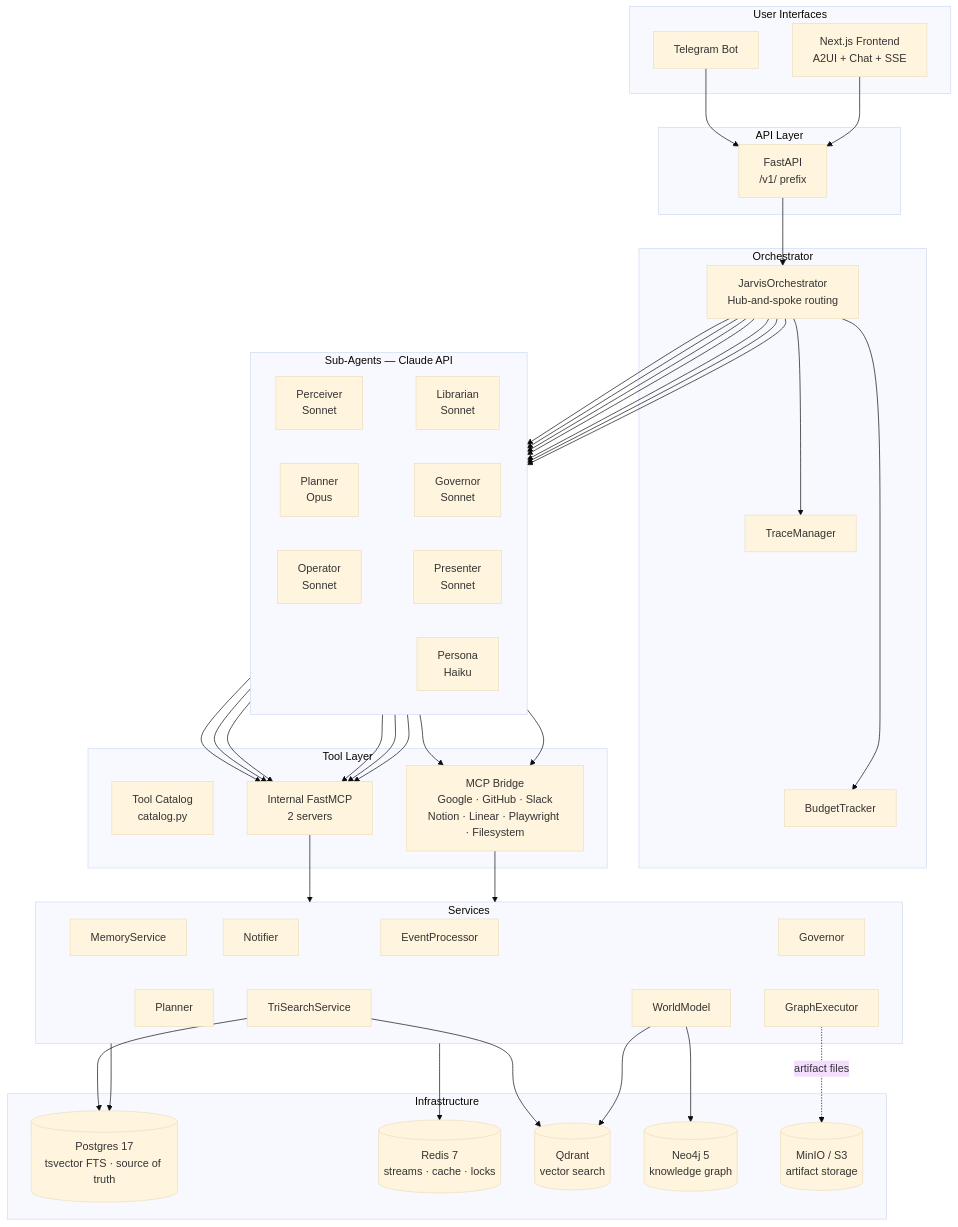
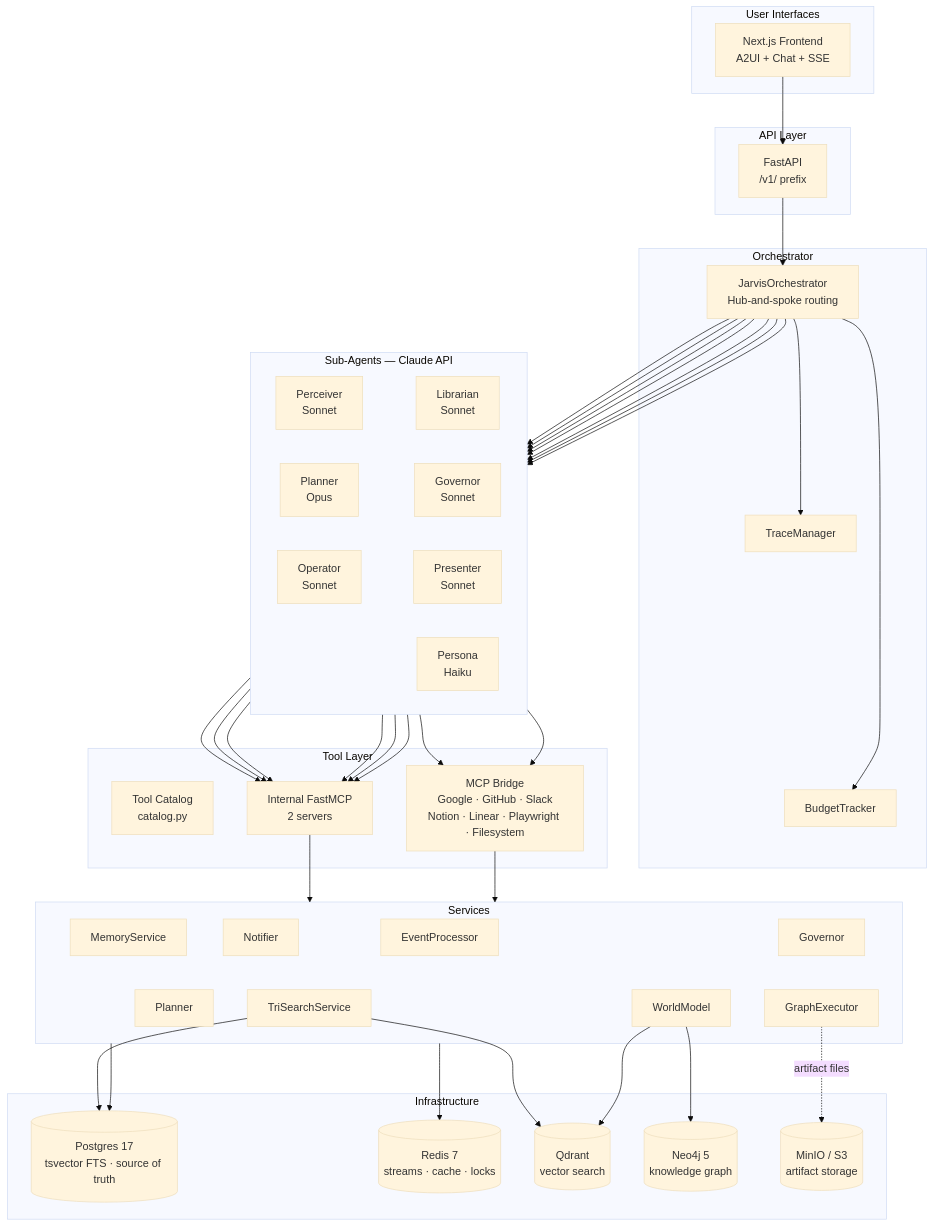
The diagram in README.md (shivadharmi/muldro), drawn with Mermaid (base theme) before and after one commit. The commit also changed other lines of this file and 13 other files, not shown here.

````diff
--- a/README.md
+++ b/README.md
@@ -13,58 +13,57 @@
 ```mermaid
 graph TB
     subgraph UI["User Interfaces"]
-        TG[Telegram Bot]
         WEB[Next.js Frontend<br/>A2UI + Chat + SSE]
     end
 
     subgraph API["API Layer"]
         FA[FastAPI<br/>/v1/ prefix]
     end
 
     subgraph ORCH["Orchestrator"]
         JO[JarvisOrchestrator<br/>Hub-and-spoke routing]
         TR[TraceManager] ~~~ BU[BudgetTracker]
     end
 
     subgraph AGENTS["Sub-Agents — Claude API"]
         direction LR
         PCV[Perceiver<br/>Sonnet] ~~~ LIB[Librarian<br/>Sonnet]
         PLN[Planner<br/>Opus] ~~~ GOV[Governor<br/>Sonnet]
         OPR[Operator<br/>Sonnet] ~~~ PRS[Presenter<br/>Sonnet]
         PER[Persona<br/>Haiku]
     end
 
     subgraph TOOLS["Tool Layer"]
         CAT[Tool Catalog<br/>catalog.py]
         INT[Internal FastMCP<br/>2 servers]
         MCP[MCP Bridge<br/>Google · GitHub · Slack<br/>Notion · Linear · Playwright · Filesystem]
     end
 
     subgraph SVC["Services"]
         EP[EventProcessor] ~~~ WM[WorldModel]
         MS[MemoryService] ~~~ PL[Planner]
         GV[Governor] ~~~ GE[GraphExecutor]
         NT[Notifier] ~~~ TS[TriSearchService]
     end
 
     subgraph INFRA["Infrastructure"]
         PG[(Postgres 17<br/>tsvector FTS · source of truth)]
         RD[(Redis 7<br/>streams · cache · locks)]
         QD[(Qdrant<br/>vector search)]
         N4J[(Neo4j 5<br/>knowledge graph)]
         S3[(MinIO / S3<br/>artifact storage)]
     end
 
-    TG & WEB --> FA
+    WEB --> FA
     FA --> JO
     JO --> TR & BU
     JO --> PCV & LIB & PLN & GOV & OPR & PRS & PER
     PCV & LIB & PLN & GOV & OPR & PRS --> INT
     OPR & PCV --> MCP
     INT --> SVC
     MCP --> SVC
     SVC --> PG & RD
     TS --> QD & PG
     WM --> N4J & QD
     GE -.->|artifact files| S3
 ```
````
